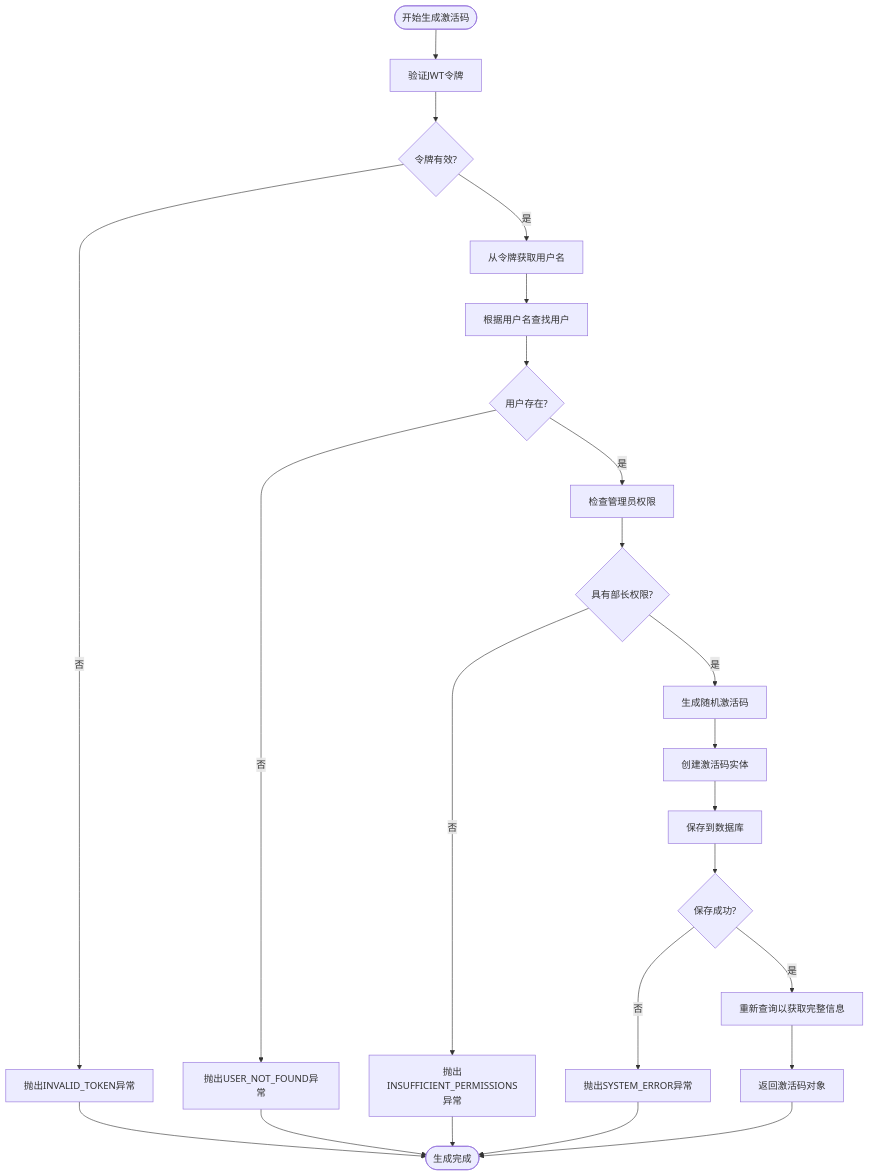
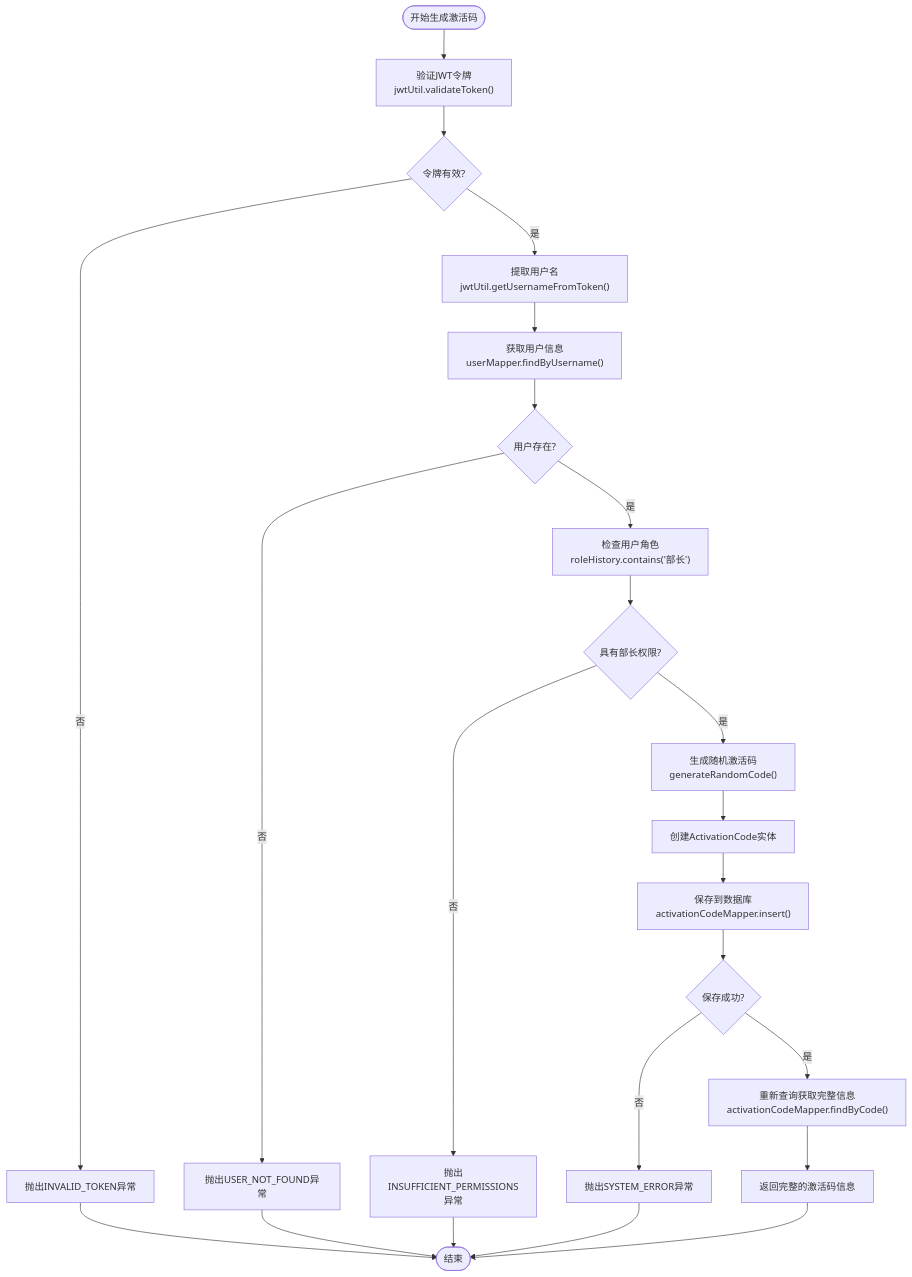
One commit to Redmoon-2333/HumanResourceOfficial changed the sixth of 11 diagrams in .qoder/repowiki/zh/content/业务逻辑层/认证服务.md. Above: the diagram before and after it, drawn with Mermaid. The commit also changed other lines of this file and 60 other files, not shown here.

````diff
--- a/.qoder/repowiki/zh/content/业务逻辑层/认证服务.md
+++ b/.qoder/repowiki/zh/content/业务逻辑层/认证服务.md
@@ -299,25 +237,25 @@
 ```mermaid
 flowchart TD
-Start([开始生成激活码]) --> ValidateToken["验证JWT令牌"]
+Start([开始生成激活码]) --> ValidateToken["验证JWT令牌<br/>jwtUtil.validateToken()"]
 ValidateToken --> TokenValid{"令牌有效?"}
 TokenValid --> |否| ThrowInvalidToken["抛出INVALID_TOKEN异常"]
-TokenValid --> |是| GetUsername["从令牌获取用户名"]
-GetUsername --> GetUser["根据用户名查找用户"]
+TokenValid --> |是| ExtractUsername["提取用户名<br/>jwtUtil.getUsernameFromToken()"]
+ExtractUsername --> GetUser["获取用户信息<br/>userMapper.findByUsername()"]
 GetUser --> UserExists{"用户存在?"}
 UserExists --> |否| ThrowUserNotFound["抛出USER_NOT_FOUND异常"]
-UserExists --> |是| CheckPermission["检查管理员权限"]
-CheckPermission --> HasPermission{"具有部长权限?"}
+UserExists --> |是| CheckRole["检查用户角色<br/>roleHistory.contains('部长')"]
+CheckRole --> HasPermission{"具有部长权限?"}
 HasPermission --> |否| ThrowInsufficientPerms["抛出INSUFFICIENT_PERMISSIONS异常"]
-HasPermission --> |是| GenerateCode["生成随机激活码"]
-GenerateCode --> CreateEntity["创建激活码实体"]
-CreateEntity --> SaveToDB["保存到数据库"]
+HasPermission --> |是| GenerateCode["生成随机激活码<br/>generateRandomCode()"]
+GenerateCode --> CreateEntity["创建ActivationCode实体"]
+CreateEntity --> SaveToDB["保存到数据库<br/>activationCodeMapper.insert()"]
 SaveToDB --> SaveSuccess{"保存成功?"}
 SaveSuccess --> |否| ThrowSystemError["抛出SYSTEM_ERROR异常"]
-SaveSuccess --> |是| Requery["重新查询以获取完整信息"]
-Requery --> ReturnCode["返回激活码对象"]
-ReturnCode --> End([生成完成])
-ThrowInvalidToken --> End
+SaveSuccess --> |是| QueryFullInfo["重新查询获取完整信息<br/>activationCodeMapper.findByCode()"]
+QueryFullInfo --> ReturnCode["返回完整的激活码信息"]
+ThrowInvalidToken --> End([结束])
 ThrowUserNotFound --> End
 ThrowInsufficientPerms --> End
 ThrowSystemError --> End
+ReturnCode --> End
 ```
````
